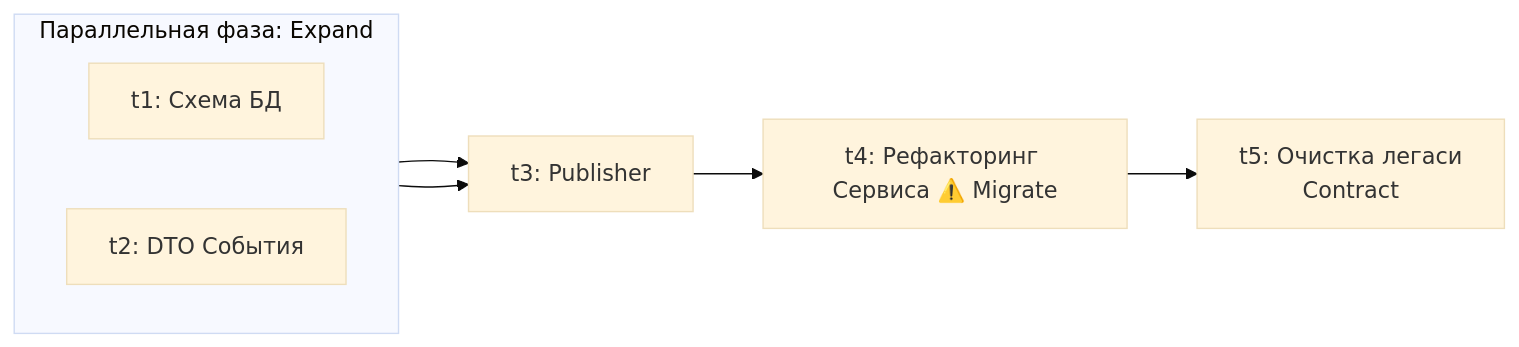
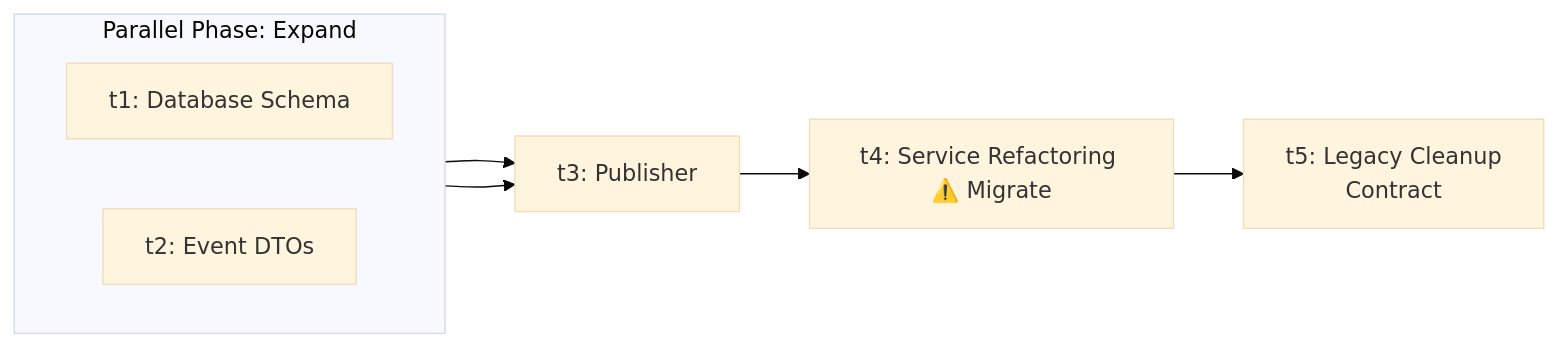
Before and after one commit to bulbigood/dispiv: the diagram in docs/plans/TEMPLATE-001/manifest.plan.md, drawn with Mermaid (base theme). The commit also changed other lines of this file and 5 other files, not shown here.

````diff
--- a/docs/plans/TEMPLATE-001/manifest.plan.md
+++ b/docs/plans/TEMPLATE-001/manifest.plan.md
@@ -88,14 +88,14 @@
 ```mermaid
 flowchart LR
-    subgraph Group A [Параллельная фаза: Expand]
+    subgraph Group A [Parallel Phase: Expand]
         direction LR
-        T1[t1: Схема БД]
-        T2[t2: DTO События]
+        T1[t1: Database Schema]
+        T2[t2: Event DTOs]
     end
 
     T1 --> T3
     T2 --> T3
 
-    T3[t3: Publisher] --> T4[t4: Рефакторинг Сервиса ⚠️ Migrate]
-    T4 --> T5[t5: Очистка легаси<br/>Contract]
+    T3[t3: Publisher] --> T4[t4: Service Refactoring ⚠️ Migrate]
+    T4 --> T5[t5: Legacy Cleanup<br/>Contract]
 ```
````
